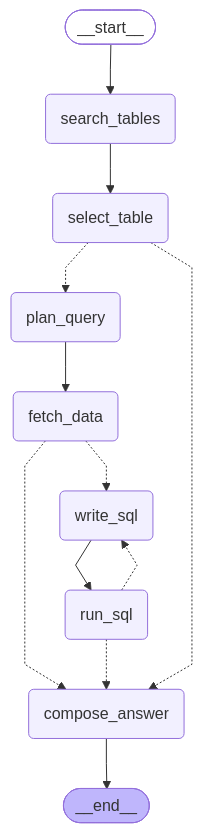
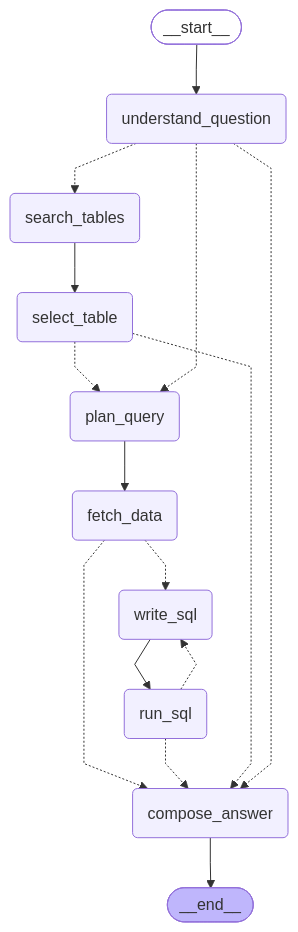
The diagram in README.md (MunzurAtak/statline-agent), drawn with Mermaid before and after one commit. The commit also changed 12 other files, not shown here.

````diff
--- a/README.md
+++ b/README.md
@@ -36,31 +36,35 @@
 ```mermaid
 ---
 config:
   flowchart:
     curve: linear
 ---
 graph TD;
 	__start__([<p>__start__</p>]):::first
+	understand_question(understand_question)
 	search_tables(search_tables)
 	select_table(select_table)
 	plan_query(plan_query)
 	fetch_data(fetch_data)
 	write_sql(write_sql)
 	run_sql(run_sql)
 	compose_answer(compose_answer)
 	__end__([<p>__end__</p>]):::last
-	__start__ --> search_tables;
+	__start__ --> understand_question;
 	fetch_data -.-> compose_answer;
 	fetch_data -.-> write_sql;
 	plan_query --> fetch_data;
 	run_sql -.-> compose_answer;
 	run_sql -.-> write_sql;
 	search_tables --> select_table;
 	select_table -.-> compose_answer;
 	select_table -.-> plan_query;
+	understand_question -.-> compose_answer;
+	understand_question -.-> plan_query;
+	understand_question -.-> search_tables;
 	write_sql --> run_sql;
 	compose_answer --> __end__;
 	classDef default fill:#f2f0ff,line-height:1.2
 	classDef first fill-opacity:0
 	classDef last fill:#bfb6fc
 ```
````
